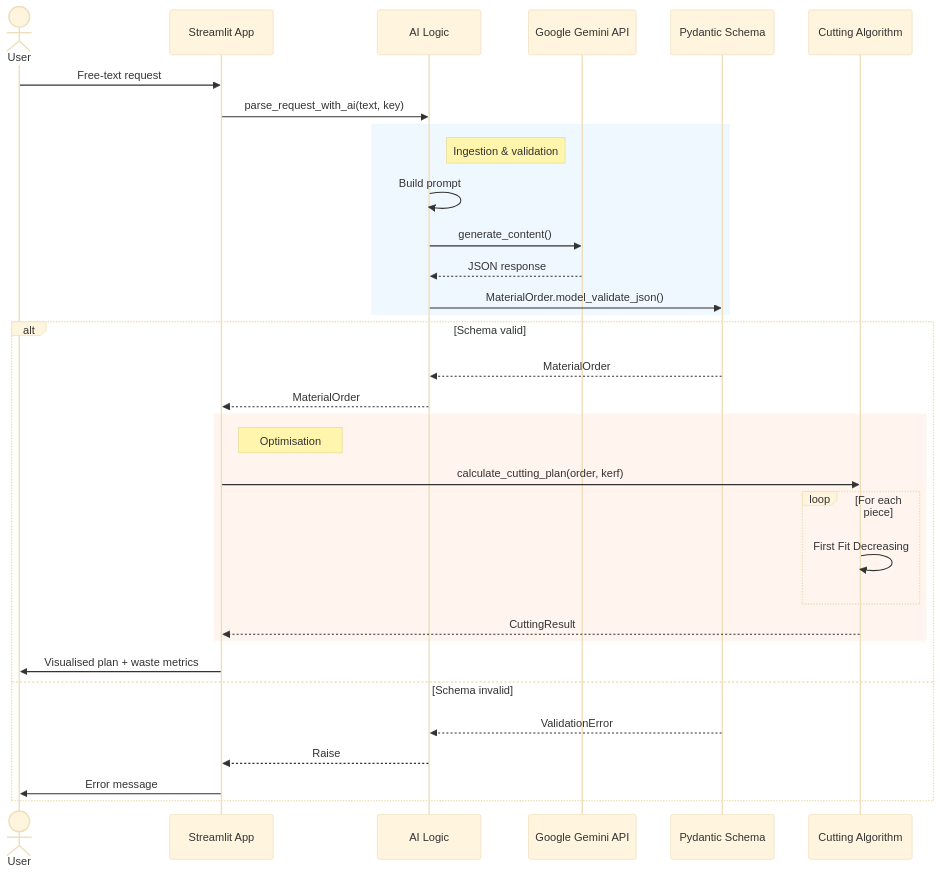
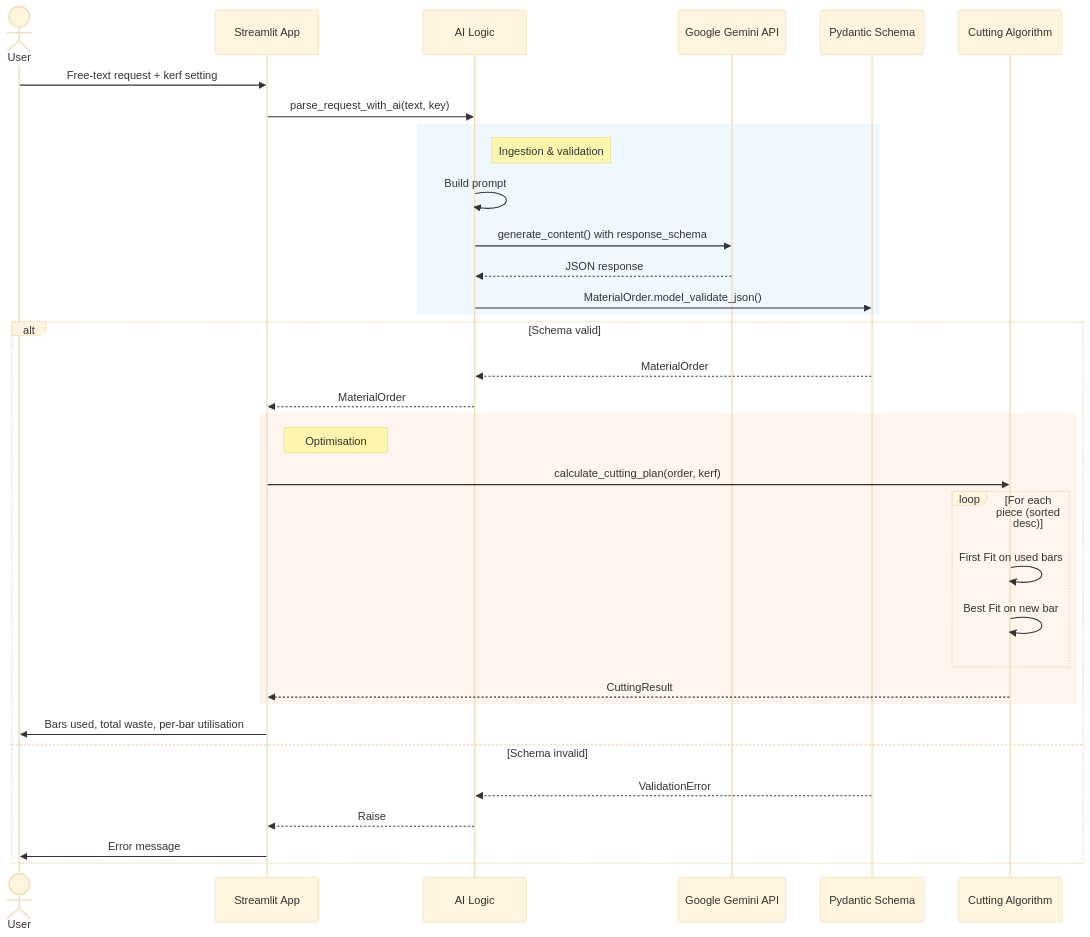
One commit to janvrzal/llm-cutting-optimizer changed the diagram in README.md. Above: the diagram before and after it, drawn with Mermaid (base theme). The commit also changed other lines of this file, not shown here.

````diff
--- a/README.md
+++ b/README.md
@@ -19,40 +19,41 @@
 ```mermaid
 sequenceDiagram
     actor User
     participant UI as Streamlit App
     participant AI as AI Logic
     participant Gemini as Google Gemini API
     participant Validator as Pydantic Schema
     participant Solver as Cutting Algorithm
 
-    User->>UI: Free-text request
+    User->>UI: Free-text request + kerf setting
     UI->>AI: parse_request_with_ai(text, key)
 
     rect rgb(240, 248, 255)
         note right of AI: Ingestion & validation
         AI->>AI: Build prompt
-        AI->>Gemini: generate_content()
+        AI->>Gemini: generate_content() with response_schema
         Gemini-->>AI: JSON response
         AI->>Validator: MaterialOrder.model_validate_json()
     end
 
     alt Schema valid
         Validator-->>AI: MaterialOrder
         AI-->>UI: MaterialOrder
 
         rect rgb(255, 245, 238)
             note right of UI: Optimisation
             UI->>Solver: calculate_cutting_plan(order, kerf)
-            loop For each piece
-                Solver->>Solver: First Fit Decreasing
+            loop For each piece (sorted desc)
+                Solver->>Solver: First Fit on used bars
+                Solver->>Solver: Best Fit on new bar
             end
             Solver-->>UI: CuttingResult
         end
 
-        UI->>User: Visualised plan + waste metrics
+        UI->>User: Bars used, total waste, per-bar utilisation
     else Schema invalid
         Validator-->>AI: ValidationError
         AI-->>UI: Raise
         UI->>User: Error message
     end
 ```
````
